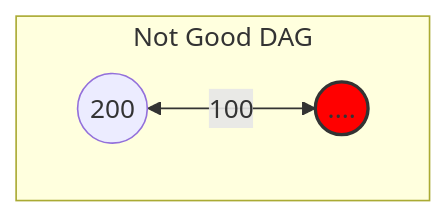
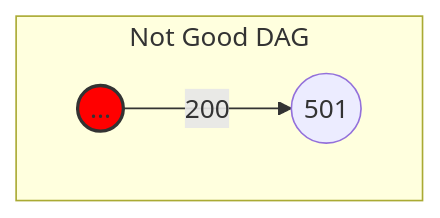
One commit to algosup/2024-2025-project-3-quickest-path-team-2 changed the fourth of 17 diagrams in documents/technical/technical_specification.md. Above: the diagram before and after it, drawn with Mermaid. The commit also changed other lines of this file, not shown here.

````diff
--- a/documents/technical/technical_specification.md
+++ b/documents/technical/technical_specification.md
@@ -366,7 +369,7 @@
 ```mermaid
 graph
     subgraph Not Good DAG
-        a((200)) -- 100 <--> b((....)):::no
+        a((...)):::no -- 200 --> b((501))
         classDef no fill:#f00,stroke:#333,stroke-width:2px;
     end
 ```
````
